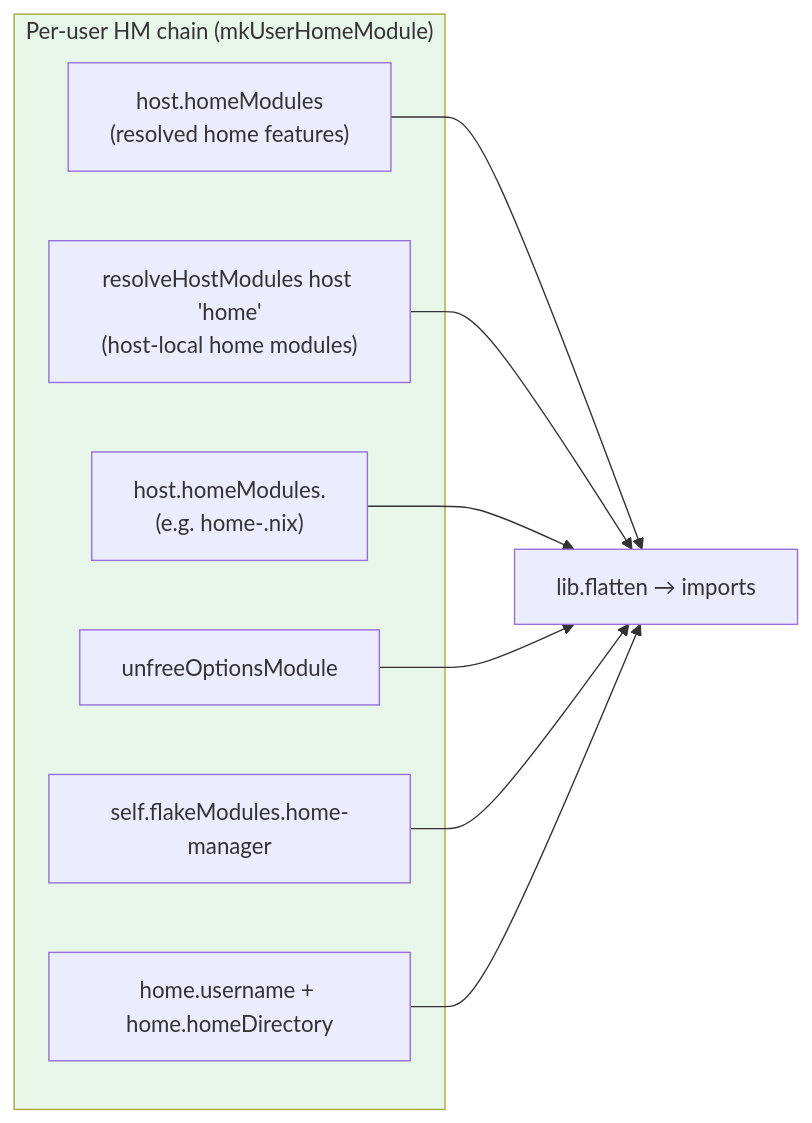
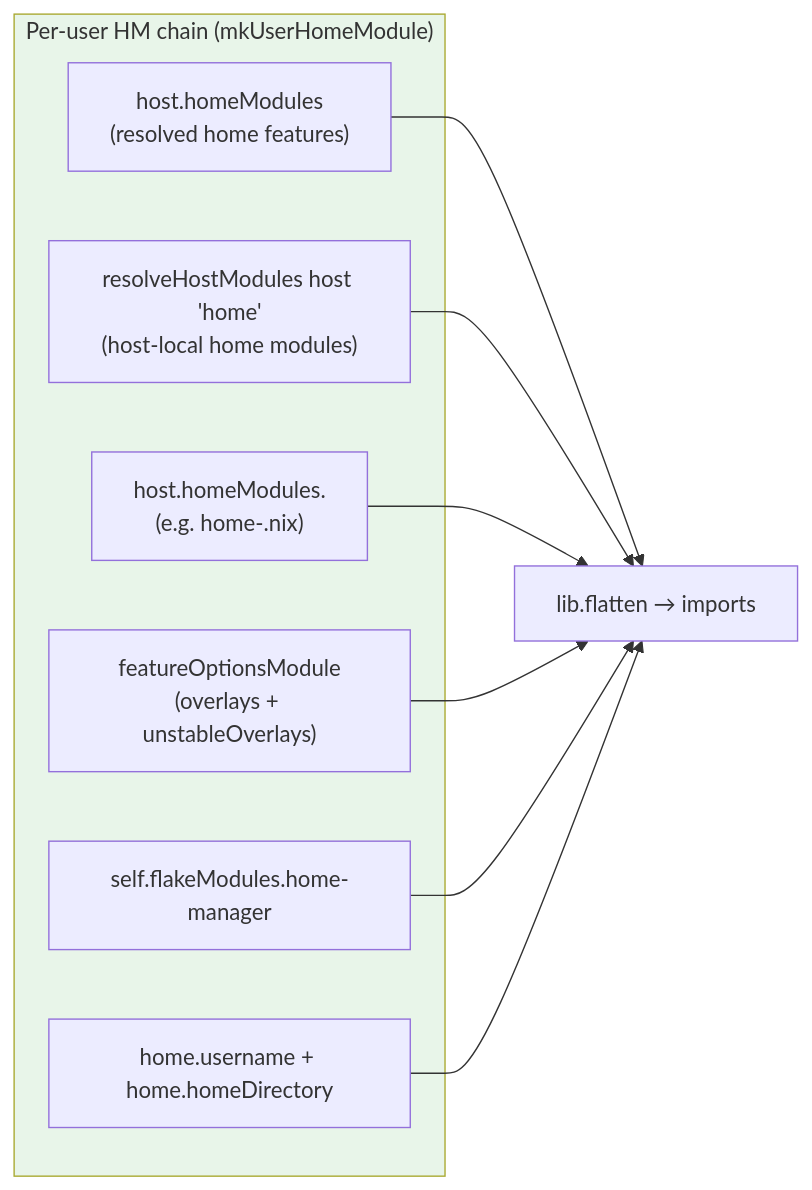
One commit to WombatFromHell/automatic-palm-tree changed the seventh of 8 diagrams in DESIGN.md. Above: the diagram before and after it, drawn with Mermaid. The commit also changed other lines of this file and 9 other files, not shown here.

Commit message:
Enhance and streamline how pkgs/pkgsUnstable and overlays are handled

````diff
--- a/DESIGN.md
+++ b/DESIGN.md
@@ -267,18 +279,18 @@
 ```mermaid
 flowchart LR
     subgraph HM["Per-user HM chain (mkUserHomeModule)"]
         homeFeat["host.homeModules\n(resolved home features)"]
         hostMod["resolveHostModules host 'home'\n(host-local home modules)"]
         perUser["host.homeModules.<user>\n(e.g. home-<user>.nix)"]
-        unfree["unfreeOptionsModule"]
+        featOpt["featureOptionsModule\n(overlays + unstableOverlays)"]
         hmFlakeMod["self.flakeModules.home-manager"]
         defaults["home.username + home.homeDirectory"]
     end
     homeFeat --> chain["lib.flatten → imports"]
     hostMod --> chain
     perUser --> chain
-    unfree --> chain
+    featOpt --> chain
     hmFlakeMod --> chain
     defaults --> chain
     style HM fill:#e8f5e9
 ```
````
